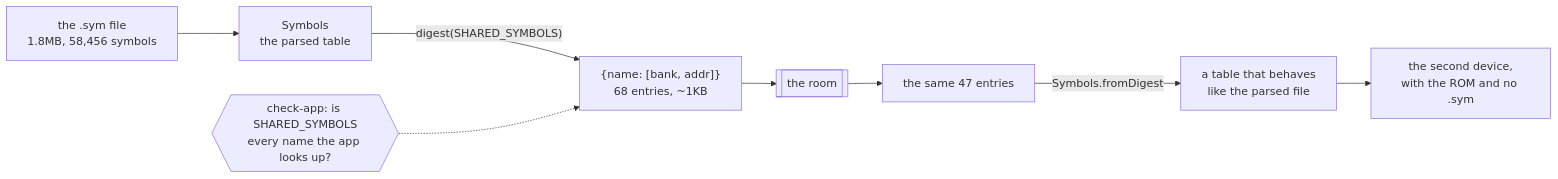
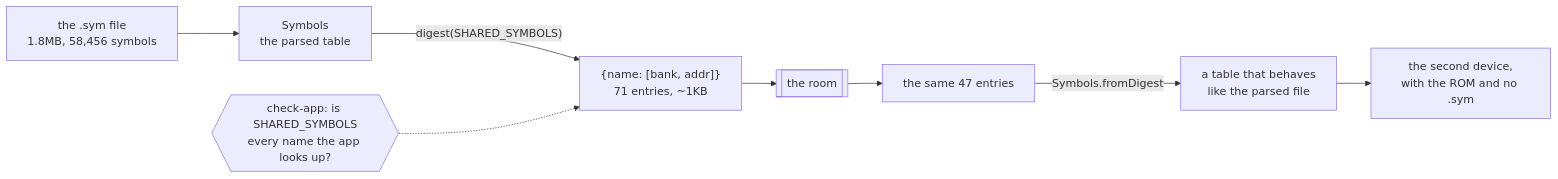
Diagram 50 of 51 in docs/CODE.md (minormending/crystal-pilot-mobile), drawn with Mermaid before and after one commit. The commit also changed other lines of this file and 10 other files, not shown here.

````diff
--- a/docs/CODE.md
+++ b/docs/CODE.md
@@ -6208,10 +6327,10 @@
 ```mermaid
 flowchart LR
     F["the .sym file<br/>1.8MB, 58,456 symbols"] --> S["Symbols<br/>the parsed table"]
-    S -->|"digest(SHARED_SYMBOLS)"| D["{name: [bank, addr]}<br/>68 entries, ~1KB"]
+    S -->|"digest(SHARED_SYMBOLS)"| D["{name: [bank, addr]}<br/>71 entries, ~1KB"]
     D --> R[["the room"]]
     R --> D2["the same 47 entries"]
     D2 -->|"Symbols.fromDigest"| T["a table that behaves<br/>like the parsed file"]
     T --> APP["the second device,<br/>with the ROM and no .sym"]
     C{{"check-app: is SHARED_SYMBOLS<br/>every name the app looks up?"}} -.-> D
 ```
````
